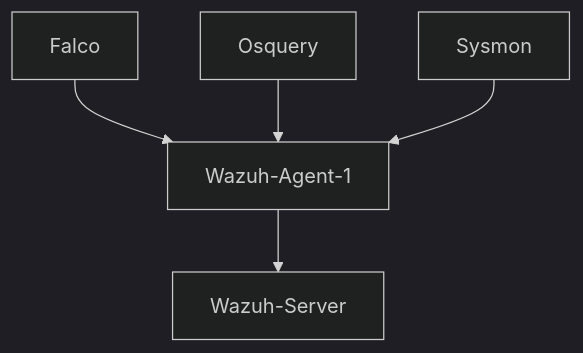
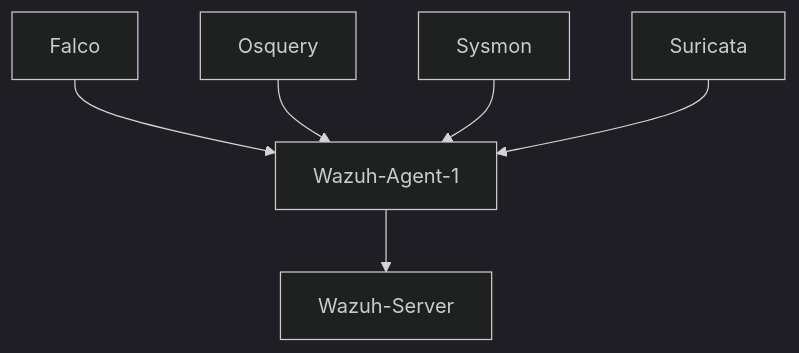
The second of 8 diagrams in Blue.md (Sentinal920/File-share), drawn with Mermaid (dark theme) before and after one commit. The commit also changed other lines of this file, not shown here.

````diff
--- a/Blue.md
+++ b/Blue.md
@@ -52,7 +53,8 @@
 ```mermaid
 graph TD;
     Falco-->Wazuh-Agent-1;
     Osquery-->Wazuh-Agent-1;
     Sysmon-->Wazuh-Agent-1;
+    Suricata-->Wazuh-Agent-1;
     Wazuh-Agent-1-->Wazuh-Server;
 ```
````
